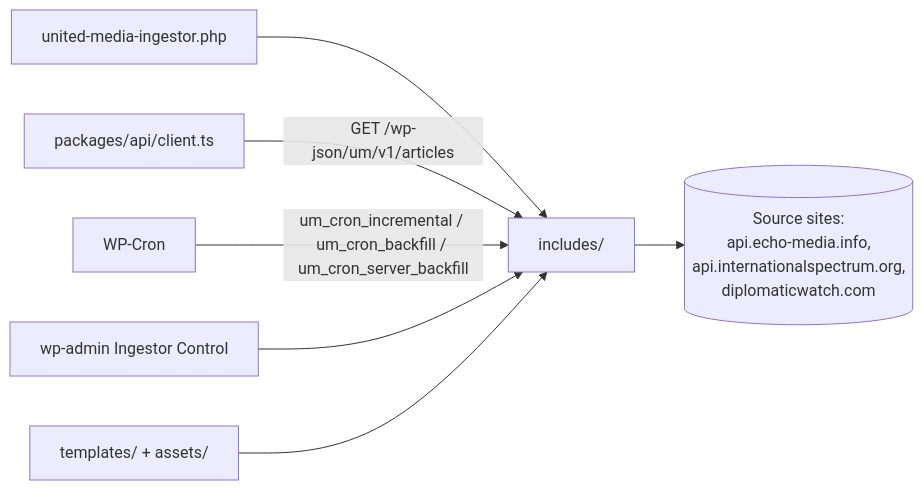
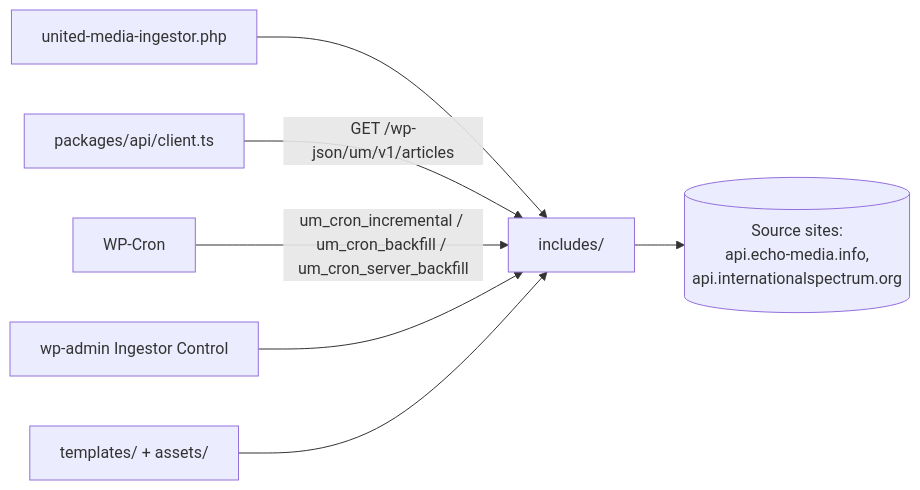
Before and after one commit to huuaho/umg-headless: the diagram in docs/codebase/plugin/united-media-ingestor/README.md, drawn with Mermaid. The commit also changed other lines of this file and 34 other files, not shown here.

````diff
--- a/docs/codebase/plugin/united-media-ingestor/README.md
+++ b/docs/codebase/plugin/united-media-ingestor/README.md
@@ -14,9 +14,9 @@
 ```mermaid
 graph LR
   bootstrap[united-media-ingestor.php] --> includes[includes/]
-  includes --> sources[(Source sites:<br/>api.echo-media.info,<br/>api.internationalspectrum.org,<br/>diplomaticwatch.com)]
+  includes --> sources[(Source sites:<br/>api.echo-media.info,<br/>api.internationalspectrum.org)]
   frontend[packages/api/client.ts] -->|GET /wp-json/um/v1/articles| includes
   cron[WP-Cron] -->|um_cron_incremental / um_cron_backfill / um_cron_server_backfill| includes
   admin[wp-admin Ingestor Control] --> includes
   search[templates/ + assets/] --> includes
 ```
````
